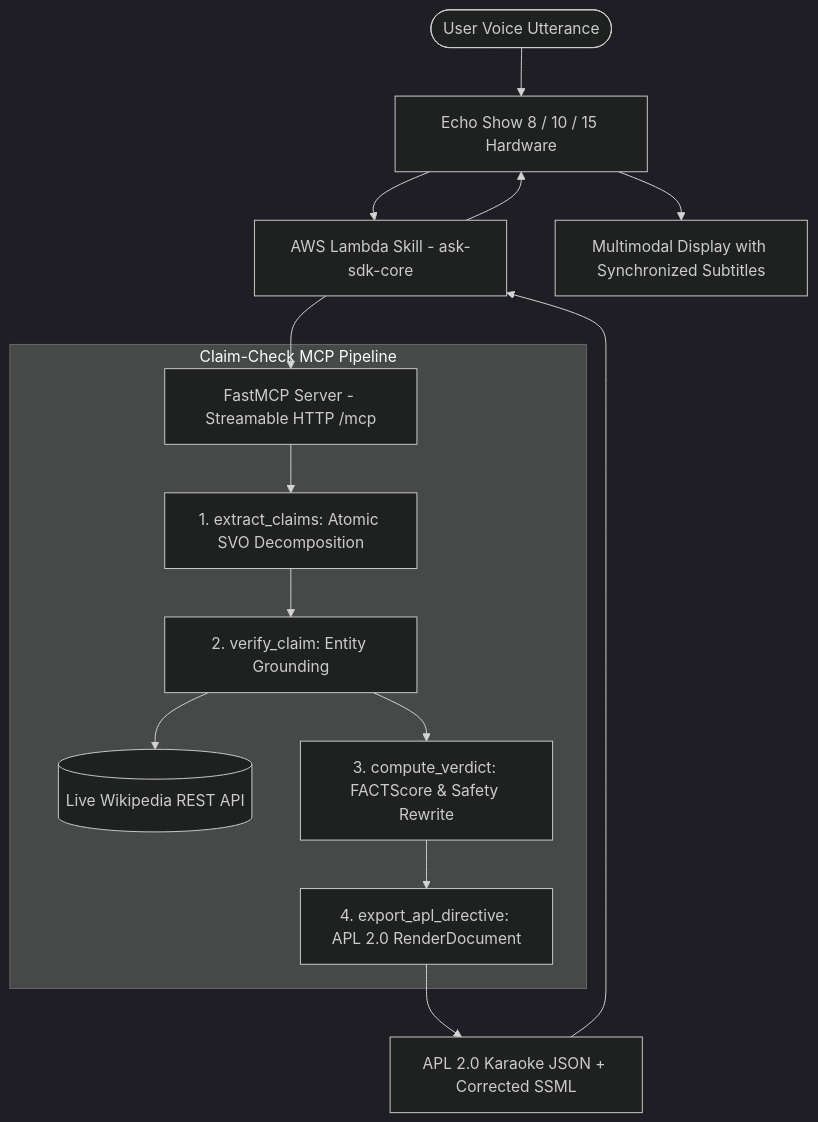
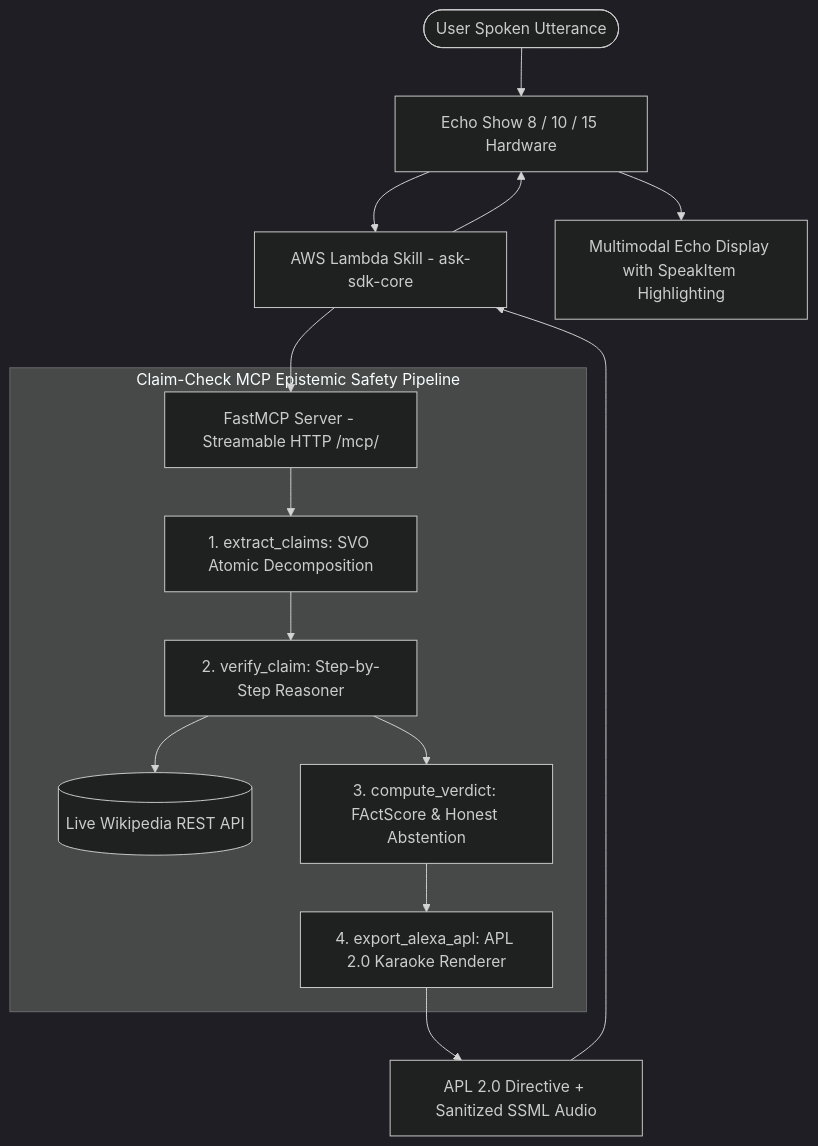
One commit to Claim-Check-team/Claim_Check_Mcp changed the diagram in README.md. Above: the diagram before and after it, drawn with Mermaid (dark theme). The commit also changed other lines of this file and 10 other files, not shown here.

````diff
--- a/README.md
+++ b/README.md
@@ -29,19 +44,19 @@
 ```mermaid
 graph TD
-    User([User Voice Utterance]) --> Echo[Echo Show 8 / 10 / 15 Hardware]
+    User([User Spoken Utterance]) --> Echo[Echo Show 8 / 10 / 15 Hardware]
     Echo --> Lambda[AWS Lambda Skill - ask-sdk-core]
-    Lambda --> StreamableHTTP[FastMCP Server - Streamable HTTP /mcp]
+    Lambda --> StreamableHTTP[FastMCP Server - Streamable HTTP /mcp/]
     
-    subgraph ClaimCheckCore [Claim-Check MCP Pipeline]
-        StreamableHTTP --> Tool1[1. extract_claims: Atomic SVO Decomposition]
-        Tool1 --> Tool2[2. verify_claim: Entity Grounding]
+    subgraph ClaimCheckPipeline [Claim-Check MCP Epistemic Safety Pipeline]
+        StreamableHTTP --> Tool1[1. extract_claims: SVO Atomic Decomposition]
+        Tool1 --> Tool2[2. verify_claim: Step-by-Step Reasoner]
         Tool2 --> WikiAPI[(Live Wikipedia REST API)]
-        Tool2 --> Tool3[3. compute_verdict: FACTScore & Safety Rewrite]
-        Tool3 --> Tool4[4. export_apl_directive: APL 2.0 RenderDocument]
+        Tool2 --> Tool3[3. compute_verdict: FActScore & Honest Abstention]
+        Tool3 --> Tool4[4. export_alexa_apl: APL 2.0 Karaoke Renderer]
     end
     
-    Tool4 --> Output[APL 2.0 Karaoke JSON + Corrected SSML]
+    Tool4 --> Output[APL 2.0 Directive + Sanitized SSML Audio]
     Output --> Lambda
     Lambda --> Echo
-    Echo --> Display[Multimodal Display with Synchronized Subtitles]
+    Echo --> Display[Multimodal Echo Display with SpeakItem Highlighting]
 ```
````
